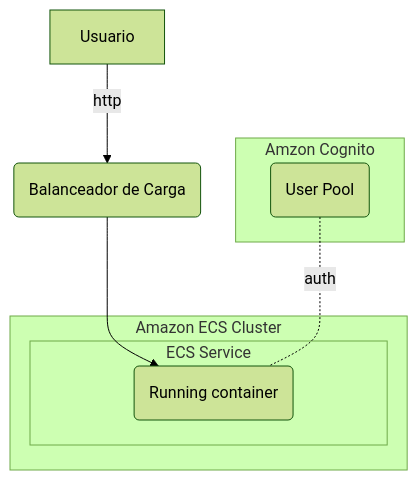
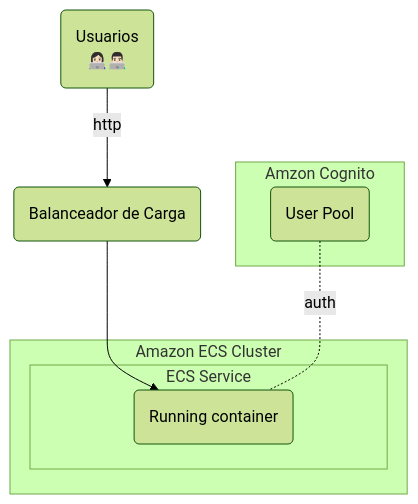
One commit to ensamblador/generative-ai-chat-application changed the third of 3 diagrams in 02-personal-assistant-ecs/README.md. Above: the diagram before and after it, drawn with Mermaid (forest theme).

Commit message:
som typo

````diff
--- a/02-personal-assistant-ecs/README.md
+++ b/02-personal-assistant-ecs/README.md
@@ -203,16 +203,16 @@
 ```mermaid
 flowchart TB
-    Usuario --http-->LoadBalancer
+    Usuario(Usuarios \n👩🏻‍💻👨🏻‍💻) --http-->LoadBalancer
     LoadBalancer("Balanceador de Carga ") -->RCI
 
     subgraph Amazon ECS Cluster
         subgraph ECS Service
             RCI("Running container")
         end
     end
     subgraph Amzon Cognito
         UserPool("User Pool") -.auth.-RCI
     end
         
     
 ```
````
